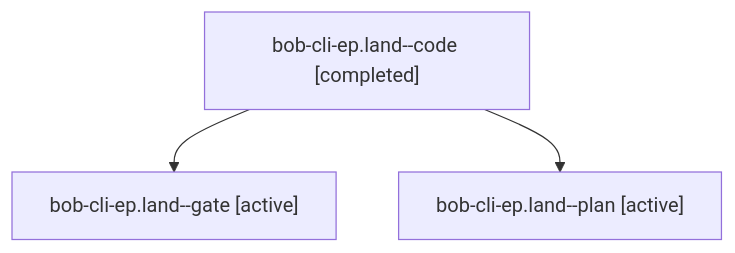
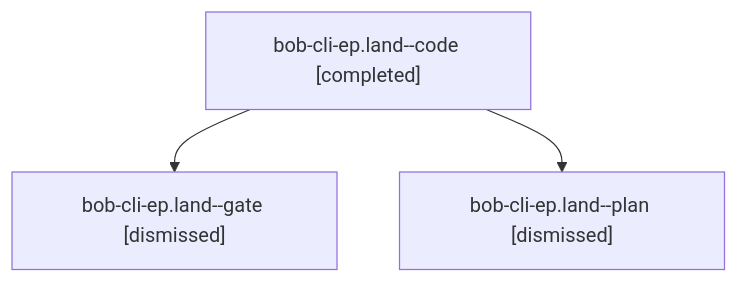
The diagram in sessions/bbugyi200.apollo.bob-cli-ep.land.md (bobs-org/bob-cli--agents), drawn with Mermaid before and after one commit. The commit also changed other lines of this file and 310 other files, not shown here.

````diff
--- a/sessions/bbugyi200.apollo.bob-cli-ep.land.md
+++ b/sessions/bbugyi200.apollo.bob-cli-ep.land.md
@@ -9,8 +9,8 @@
 ```mermaid
 flowchart TD
   n0["bob-cli-ep.land--code [completed]"]
-  n1["bob-cli-ep.land--gate [active]"]
+  n1["bob-cli-ep.land--gate [dismissed]"]
   n0 --> n1
-  n2["bob-cli-ep.land--plan [active]"]
+  n2["bob-cli-ep.land--plan [dismissed]"]
   n0 --> n2
 ```
````
